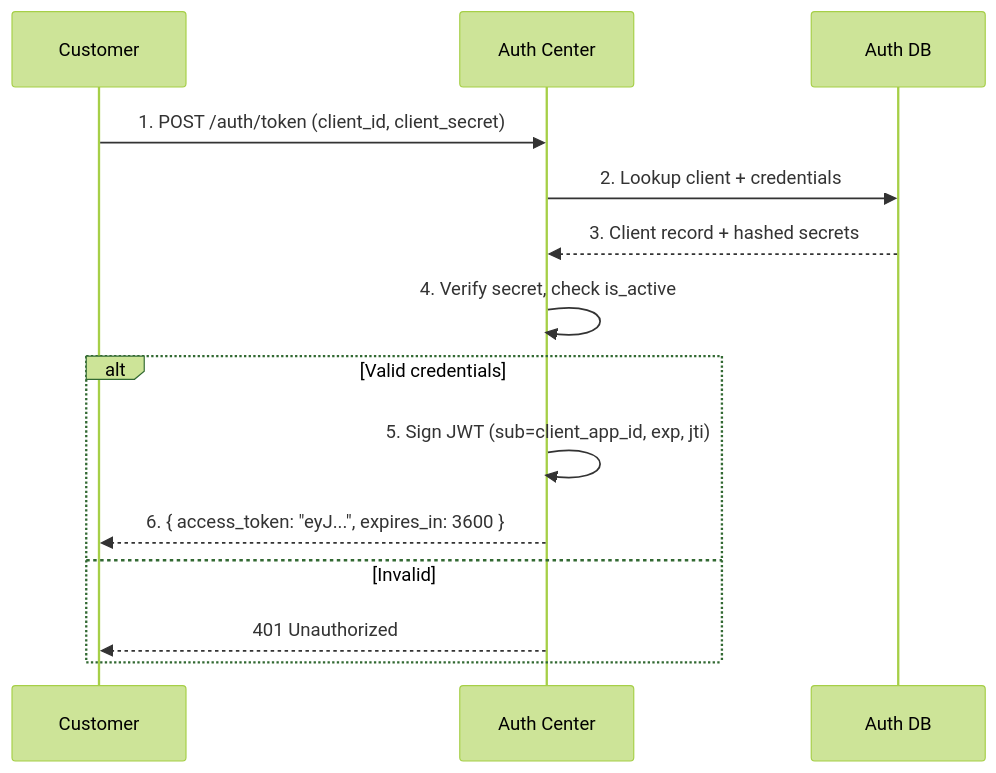
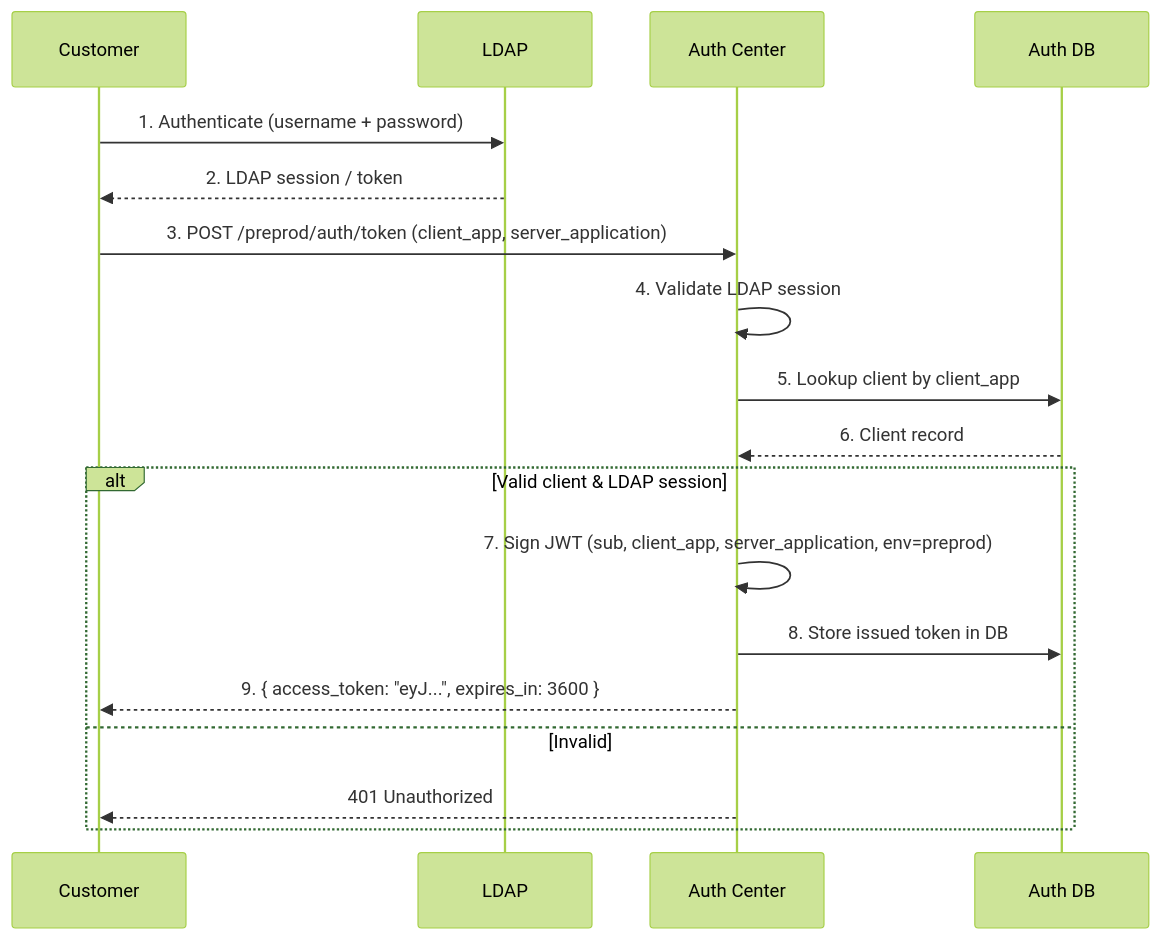
Before and after one commit to sweiyang/common-tools: the third of 8 diagrams in config-center/Auth_Config_Center_Design.md, drawn with Mermaid (forest theme). The commit also changed other lines of this file and 1 other file, not shown here.

````diff
--- a/config-center/Auth_Config_Center_Design.md
+++ b/config-center/Auth_Config_Center_Design.md
@@ -207,17 +226,21 @@
 ```mermaid
 sequenceDiagram
     participant C as Customer
+    participant LDAP as LDAP
     participant AC as Auth Center
     participant DB as Auth DB
 
-    C->>AC: 1. POST /auth/token (client_id, client_secret)
-    AC->>DB: 2. Lookup client + credentials
-    DB-->>AC: 3. Client record + hashed secrets
-    AC->>AC: 4. Verify secret, check is_active
-    alt Valid credentials
-        AC->>AC: 5. Sign JWT (sub=client_app_id, exp, jti)
-        AC-->>C: 6. { access_token: "eyJ...", expires_in: 3600 }
+    C->>LDAP: 1. Authenticate (username + password)
+    LDAP-->>C: 2. LDAP session / token
+    C->>AC: 3. POST /preprod/auth/token (client_app, server_application)
+    AC->>AC: 4. Validate LDAP session
+    AC->>DB: 5. Lookup client by client_app
+    DB-->>AC: 6. Client record
+    alt Valid client & LDAP session
+        AC->>AC: 7. Sign JWT (sub, client_app, server_application, env=preprod)
+        AC->>DB: 8. Store issued token in DB
+        AC-->>C: 9. { access_token: "eyJ...", expires_in: 3600 }
     else Invalid
         AC-->>C: 401 Unauthorized
     end
 ```
````
